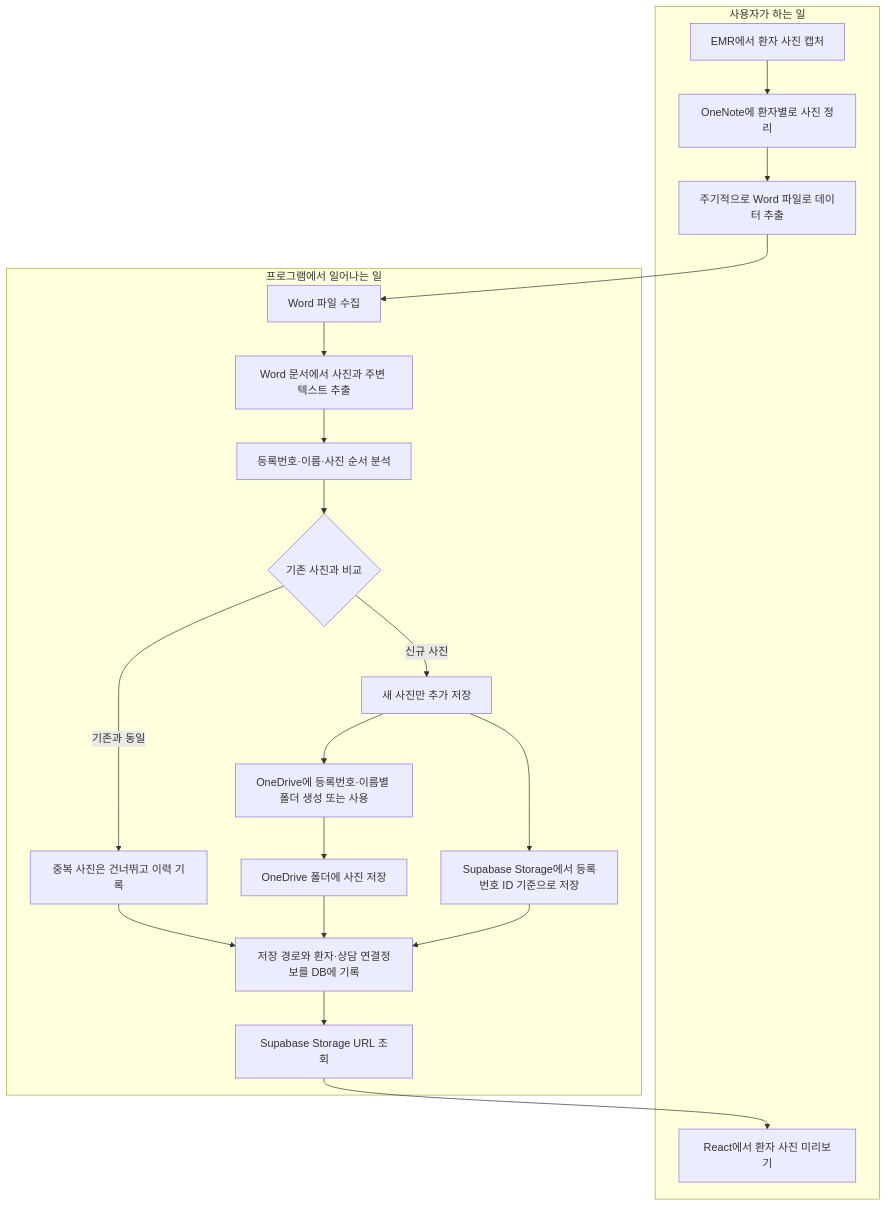
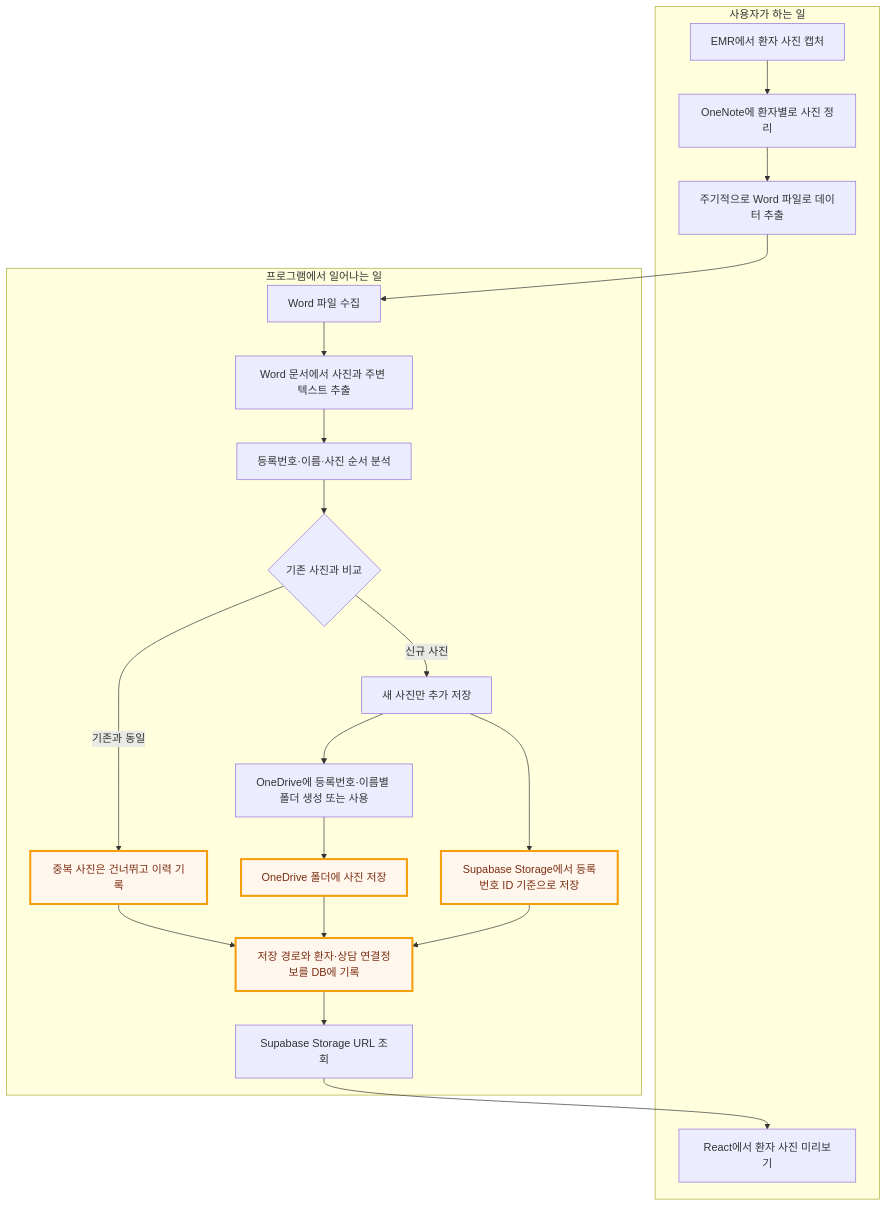
One commit to wnghgpt/z_consult changed the second of 3 diagrams in docs/README.md. Above: the diagram before and after it, drawn with Mermaid.

Commit message:
docs: highlight photo storage steps

````diff
--- a/docs/README.md
+++ b/docs/README.md
@@ -44,33 +44,36 @@
 ```mermaid
 flowchart TB
     subgraph USER[사용자가 하는 일]
         U1[EMR에서 환자 사진 캡처]
         U2[OneNote에 환자별로 사진 정리]
         U3[주기적으로 Word 파일로 데이터 추출]
         U4[React에서 환자 사진 미리보기]
     end
 
     subgraph SYSTEM[프로그램에서 일어나는 일]
         S1[Word 파일 수집]
         S2[Word 문서에서 사진과 주변 텍스트 추출]
         S3[등록번호·이름·사진 순서 분석]
         S4{기존 사진과 비교}
         S5[새 사진만 추가 저장]
         S6[중복 사진은 건너뛰고 이력 기록]
         S7[OneDrive에 등록번호·이름별 폴더 생성 또는 사용]
         S8[OneDrive 폴더에 사진 저장]
         S9[Supabase Storage에서 등록번호 ID 기준으로 저장]
         S10[저장 경로와 환자·상담 연결정보를 DB에 기록]
         S11[Supabase Storage URL 조회]
     end
 
     U1 --> U2 --> U3 --> S1
     S1 --> S2 --> S3 --> S4
     S4 -->|신규 사진| S5
     S4 -->|기존과 동일| S6
     S5 --> S7 --> S8
     S5 --> S9
     S6 --> S10
     S8 --> S10
     S9 --> S10 --> S11 --> U4
+
+    classDef actualSave fill:#fff7ed,stroke:#f59e0b,stroke-width:3px,color:#7c2d12
+    class S6,S8,S9,S10 actualSave
 ```
````
